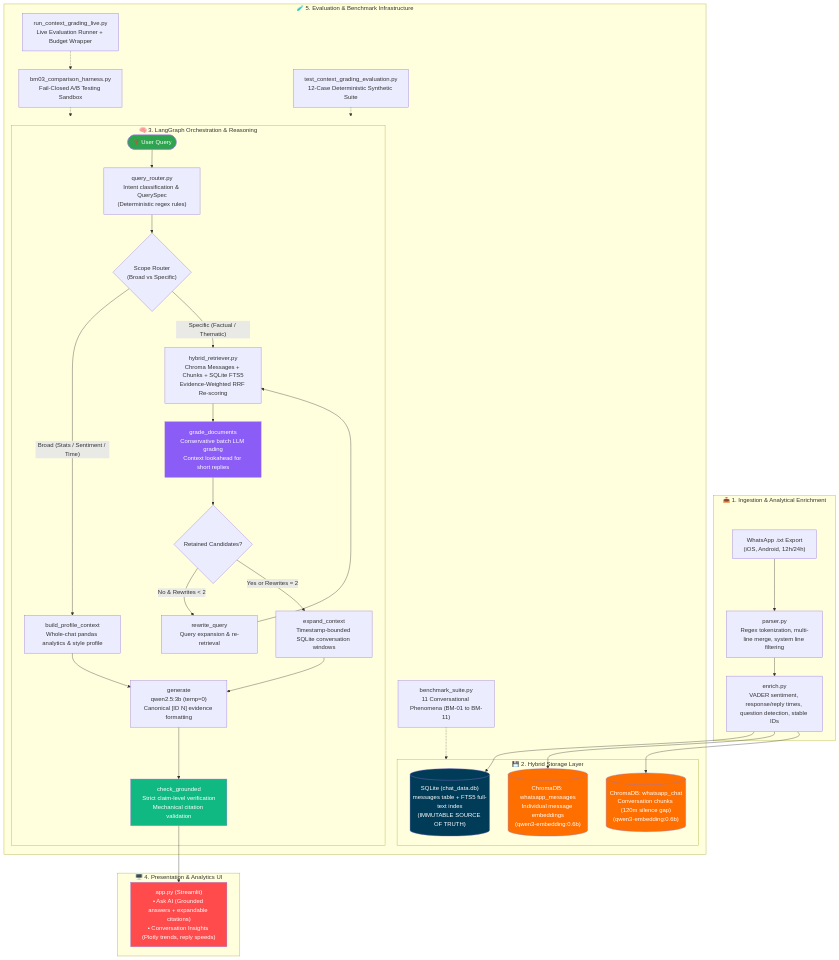
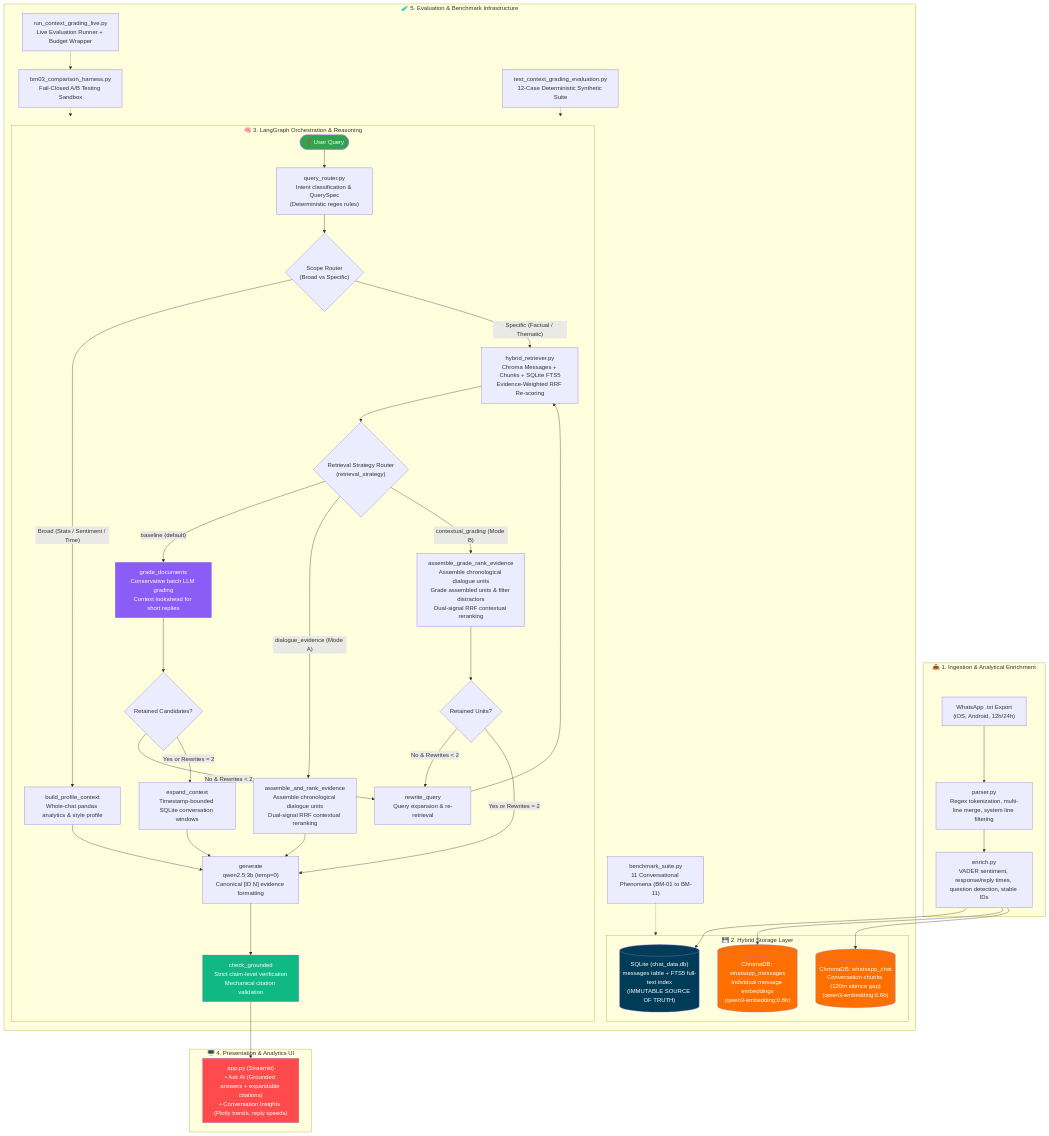
Before and after one commit to vVIBHORj/chatlens_v2: the first of 13 diagrams in README.md, drawn with Mermaid. The commit also changed other lines of this file and 7 other files, not shown here.

Commit message:
feat: add contextual grading retrieval strategy, live comparison harness, and updated documentation

````diff
--- a/README.md
+++ b/README.md
@@ -71,56 +76,65 @@
 ```mermaid
 flowchart TB
     subgraph INGESTION["📥 1. Ingestion & Analytical Enrichment"]
         RAW["WhatsApp .txt Export<br/>(iOS, Android, 12h/24h)"] --> PARSE["parser.py<br/>Regex tokenization, multi-line merge, system line filtering"]
         PARSE --> ENRICH["enrich.py<br/>VADER sentiment, response/reply times, question detection, stable IDs"]
     end
 
     subgraph STORAGE["💾 2. Hybrid Storage Layer"]
         ENRICH --> SQLITE[("SQLite (chat_data.db)<br/>messages table + FTS5 full-text index<br/>(IMMUTABLE SOURCE OF TRUTH)")]
         ENRICH --> CHROMA_MSG[("ChromaDB: whatsapp_messages<br/>Individual message embeddings<br/>(qwen3-embedding:0.6b)")]
         ENRICH --> CHROMA_CHUNK[("ChromaDB: whatsapp_chat<br/>Conversation chunks (120m silence gap)<br/>(qwen3-embedding:0.6b)")]
     end
 
     subgraph REASONING["🧠 3. LangGraph Orchestration & Reasoning"]
         USER_Q(["❓ User Query"]) --> ROUTER["query_router.py<br/>Intent classification & QuerySpec<br/>(Deterministic regex rules)"]
         ROUTER --> SCOPE{"Scope Router<br/>(Broad vs Specific)"}
 
         SCOPE -- "Broad (Stats / Sentiment / Time)" --> PROFILE["build_profile_context<br/>Whole-chat pandas analytics & style profile"]
         SCOPE -- "Specific (Factual / Thematic)" --> RETRIEVE["hybrid_retriever.py<br/>Chroma Messages + Chunks + SQLite FTS5<br/>Evidence-Weighted RRF Re-scoring"]
 
-        RETRIEVE --> GRADER["grade_documents<br/>Conservative batch LLM grading<br/>Context lookahead for short replies"]
+        RETRIEVE --> STRAT{"Retrieval Strategy Router<br/>(retrieval_strategy)"}
+
+        STRAT -- "baseline (default)" --> GRADER["grade_documents<br/>Conservative batch LLM grading<br/>Context lookahead for short replies"]
         GRADER --> CHECK_DOCS{"Retained Candidates?"}
-
         CHECK_DOCS -- "No & Rewrites &lt; 2" --> REWRITE["rewrite_query<br/>Query expansion & re-retrieval"]
         REWRITE --> RETRIEVE
         CHECK_DOCS -- "Yes or Rewrites = 2" --> EXPAND["expand_context<br/>Timestamp-bounded SQLite conversation windows"]
 
+        STRAT -- "dialogue_evidence (Mode A)" --> ASMB_RANK["assemble_and_rank_evidence<br/>Assemble chronological dialogue units<br/>Dual-signal RRF contextual reranking"]
+
+        STRAT -- "contextual_grading (Mode B)" --> ASMB_GRADE["assemble_grade_rank_evidence<br/>Assemble chronological dialogue units<br/>Grade assembled units & filter distractors<br/>Dual-signal RRF contextual reranking"]
+        ASMB_GRADE --> CHECK_POST{"Retained Units?"}
+        CHECK_POST -- "No & Rewrites &lt; 2" --> REWRITE
+        CHECK_POST -- "Yes or Rewrites = 2" --> GENERATE
+
         PROFILE --> GENERATE["generate<br/>qwen2.5:3b (temp=0)<br/>Canonical [ID N] evidence formatting"]
         EXPAND --> GENERATE
+        ASMB_RANK --> GENERATE
 
         GENERATE --> GROUND["check_grounded<br/>Strict claim-level verification<br/>Mechanical citation validation"]
     end
 
     subgraph PRESENTATION["🖥️ 4. Presentation & Analytics UI"]
         GROUND --> UI["app.py (Streamlit)<br/>• Ask AI (Grounded answers + expandable citations)<br/>• Conversation Insights (Plotly trends, reply speeds)"]
     end
 
     subgraph BENCHMARK["🧪 5. Evaluation & Benchmark Infrastructure"]
         BENCH_SUITE["benchmark_suite.py<br/>11 Conversational Phenomena (BM-01 to BM-11)"]
         HARNESS["bm03_comparison_harness.py<br/>Fail-Closed A/B Testing Sandbox"]
         EVAL_12["test_context_grading_evaluation.py<br/>12-Case Deterministic Synthetic Suite"]
         LIVE_RUNNER["run_context_grading_live.py<br/>Live Evaluation Runner + Budget Wrapper"]
         BENCH_SUITE -.-> STORAGE
         HARNESS -.-> REASONING
         EVAL_12 -.-> REASONING
         LIVE_RUNNER -.-> HARNESS
     end
 
     style SQLITE fill:#003B57,color:#fff
     style CHROMA_MSG fill:#FF6F00,color:#fff
     style CHROMA_CHUNK fill:#FF6F00,color:#fff
     style USER_Q fill:#2ea44f,color:#fff
     style UI fill:#FF4B4B,color:#fff
     style GRADER fill:#8b5cf6,color:#fff
     style GROUND fill:#10b981,color:#fff
 ```
````
